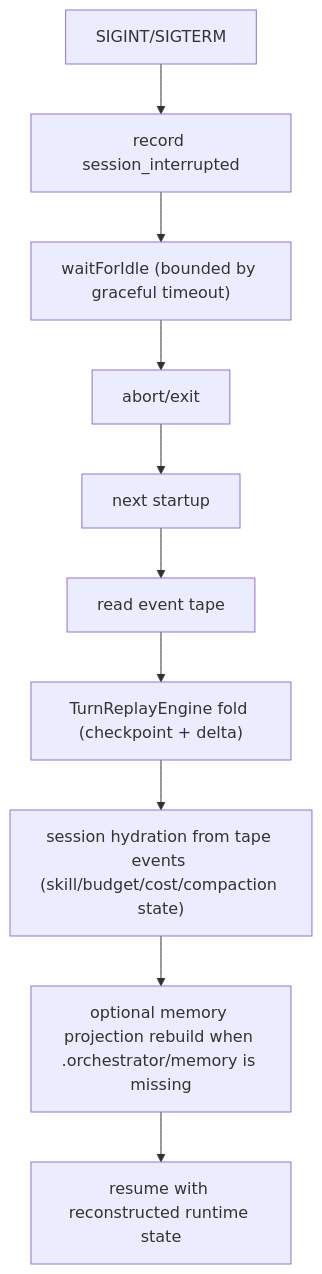
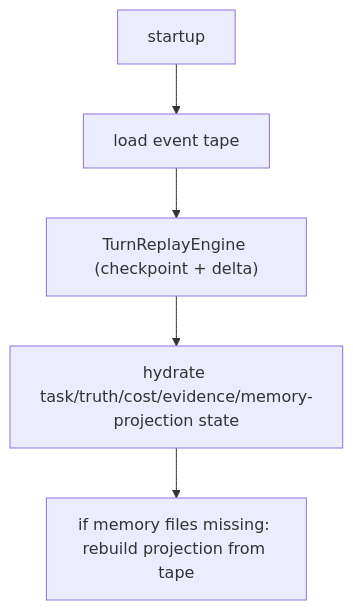
Before and after one commit to arcthur/brewva: the fifth of 6 diagrams in docs/architecture/control-and-data-flow.md, drawn with Mermaid. The commit also changed other lines of this file and 174 other files, not shown here.

````diff
--- a/docs/architecture/control-and-data-flow.md
+++ b/docs/architecture/control-and-data-flow.md
@@ -109,12 +62,7 @@
 ```mermaid
 flowchart TD
-  A["SIGINT/SIGTERM"] --> B["record session_interrupted"]
-  B --> C["waitForIdle (bounded by graceful timeout)"]
-  C --> D["abort/exit"]
-  D --> E["next startup"]
-  E --> F["read event tape"]
-  F --> G["TurnReplayEngine fold (checkpoint + delta)"]
-  G --> H["session hydration from tape events (skill/budget/cost/compaction state)"]
-  H --> I["optional memory projection rebuild when .orchestrator/memory is missing"]
-  I --> J["resume with reconstructed runtime state"]
+  A["startup"] --> B["load event tape"]
+  B --> C["TurnReplayEngine (checkpoint + delta)"]
+  C --> D["hydrate task/truth/cost/evidence/memory-projection state"]
+  D --> E["if memory files missing: rebuild projection from tape"]
 ```
````
